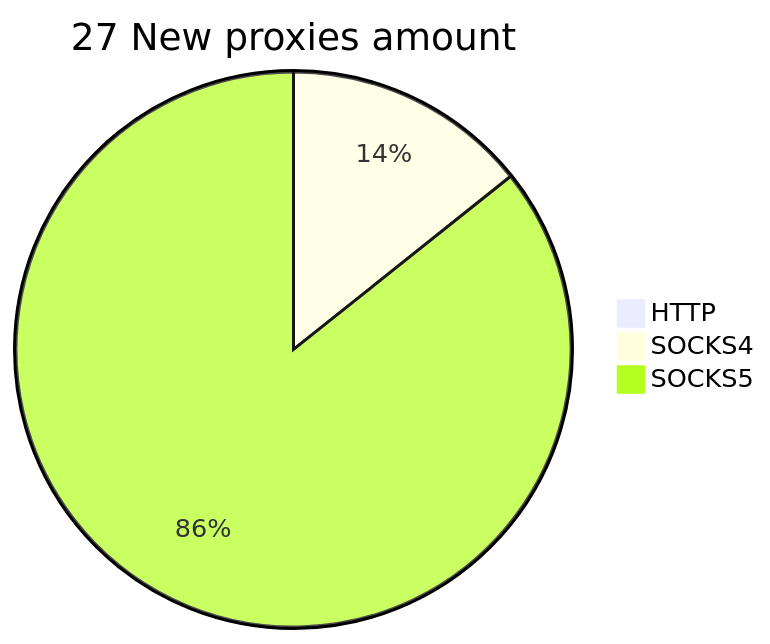
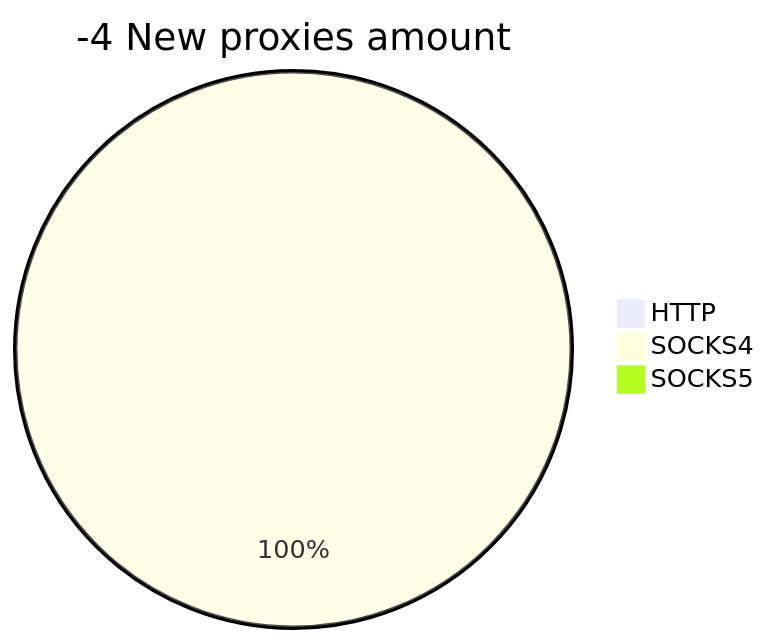
Before and after one commit to cutipu/proxylist: the second of 2 diagrams in README.md, drawn with Mermaid. The commit also changed other lines of this file, not shown here.

````diff
--- a/README.md
+++ b/README.md
@@ -10,6 +10,6 @@
 ```mermaid
-pie title 27 New proxies amount
+pie title -4 New proxies amount
     "HTTP" : 0
-    "SOCKS4" : 4
-    "SOCKS5" : 24
+    "SOCKS4" : 1
+    "SOCKS5" : 0
 ```
````
